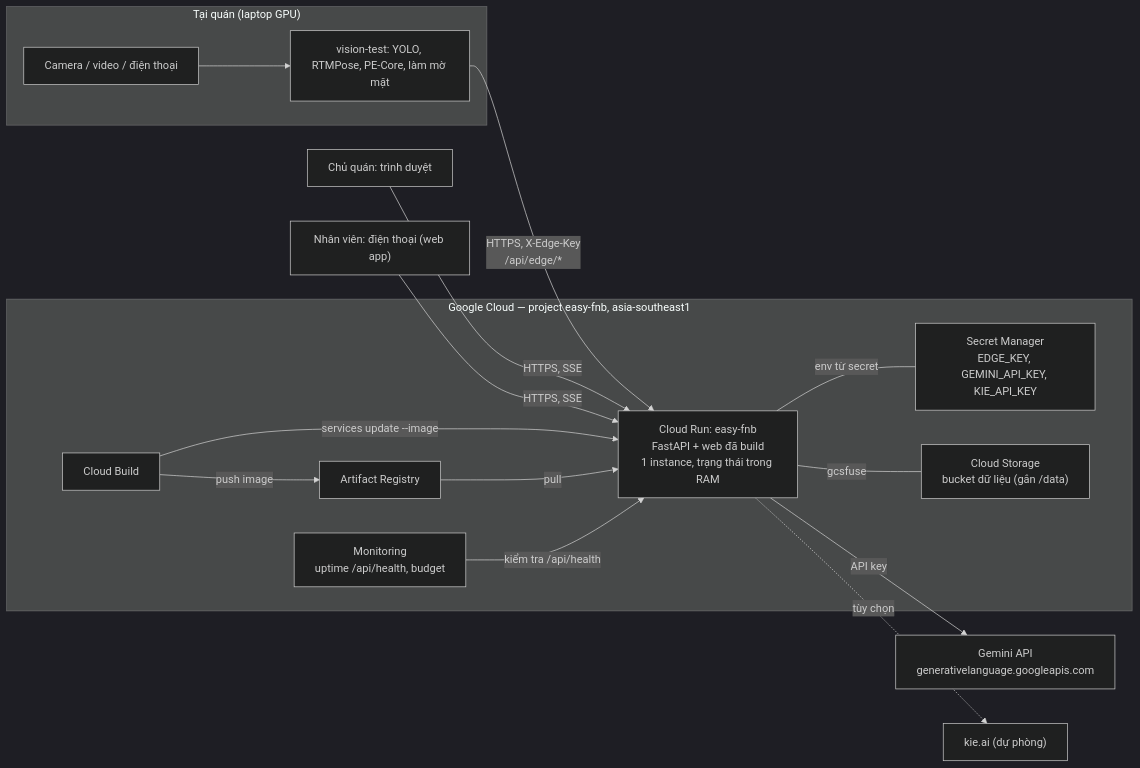
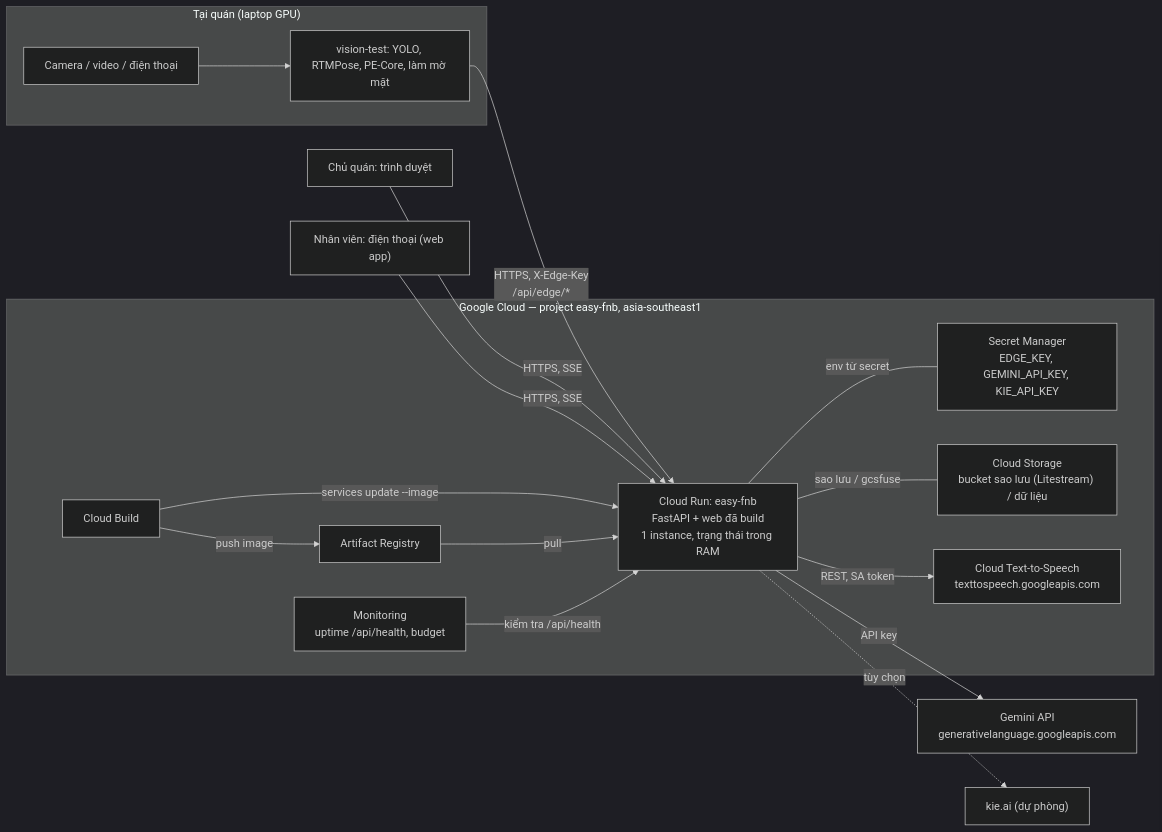
One commit to dovuhoangtien/EasyFnB changed the diagram in docs/infra-design.md. Above: the diagram before and after it, drawn with Mermaid (dark theme). The commit also changed other lines of this file and 2 other files, not shown here.

Commit message:
Tài liệu: sao lưu Litestream, Google Cloud TTS, lệnh deploy trên PowerShell (ADR-0003, infra-design, infra/README)

````diff
--- a/docs/infra-design.md
+++ b/docs/infra-design.md
@@ -15,32 +15,34 @@
 ```mermaid
 flowchart LR
   subgraph Quan["Tại quán (laptop GPU)"]
     CAM["Camera / video / điện thoại"] --> VIS["vision-test: YOLO, RTMPose, PE-Core, làm mờ mặt"]
   end
 
   subgraph GCP["Google Cloud — project easy-fnb, asia-southeast1"]
     RUN["Cloud Run: easy-fnb<br/>FastAPI + web đã build<br/>1 instance, trạng thái trong RAM"]
     SM["Secret Manager<br/>EDGE_KEY, GEMINI_API_KEY, KIE_API_KEY"]
-    GCS["Cloud Storage<br/>bucket dữ liệu (gắn /data)"]
+    GCS["Cloud Storage<br/>bucket sao lưu (Litestream) / dữ liệu"]
     AR["Artifact Registry"]
     CB["Cloud Build"]
     MON["Monitoring<br/>uptime /api/health, budget"]
+    TTS["Cloud Text-to-Speech<br/>texttospeech.googleapis.com"]
   end
 
   GEM["Gemini API<br/>generativelanguage.googleapis.com"]
   KIE["kie.ai (dự phòng)"]
   OWN["Chủ quán: trình duyệt"]
   PH["Nhân viên: điện thoại (web app)"]
 
   VIS -- "HTTPS, X-Edge-Key<br/>/api/edge/*" --> RUN
   OWN -- "HTTPS, SSE" --> RUN
   PH -- "HTTPS, SSE" --> RUN
   RUN -- "env từ secret" --- SM
-  RUN -- "gcsfuse" --- GCS
+  RUN -- "sao lưu / gcsfuse" --- GCS
+  RUN -- "REST, SA token" --> TTS
   RUN -- "API key" --> GEM
   RUN -. "tùy chọn" .-> KIE
   CB -- "push image" --> AR
   CB -- "services update --image" --> RUN
   AR -- "pull" --> RUN
   MON -- "kiểm tra /api/health" --> RUN
 ```
````
